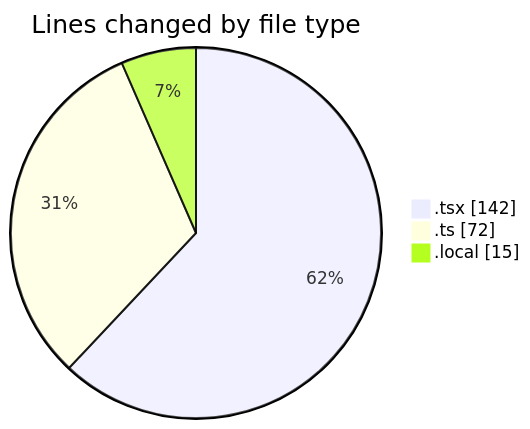
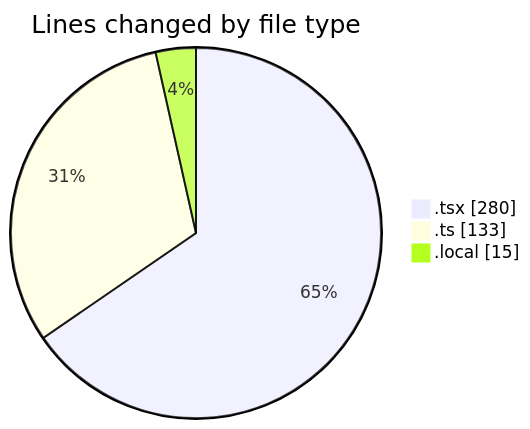
The first of 2 diagrams in 2025-11-04/eventscop-frontend-guide__workspace_/README.md (julien-gomy/code-tracking), drawn with Mermaid before and after one commit. The commit also changed other lines of this file and 1 other file, not shown here.

````diff
--- a/2025-11-04/eventscop-frontend-guide__workspace_/README.md
+++ b/2025-11-04/eventscop-frontend-guide__workspace_/README.md
@@ -24,7 +24,7 @@
 ```mermaid
 pie showData
 title Lines changed by file type
-".tsx" : 142
-".ts" : 72
+".tsx" : 280
+".ts" : 133
 ".local" : 15
 ```
````
